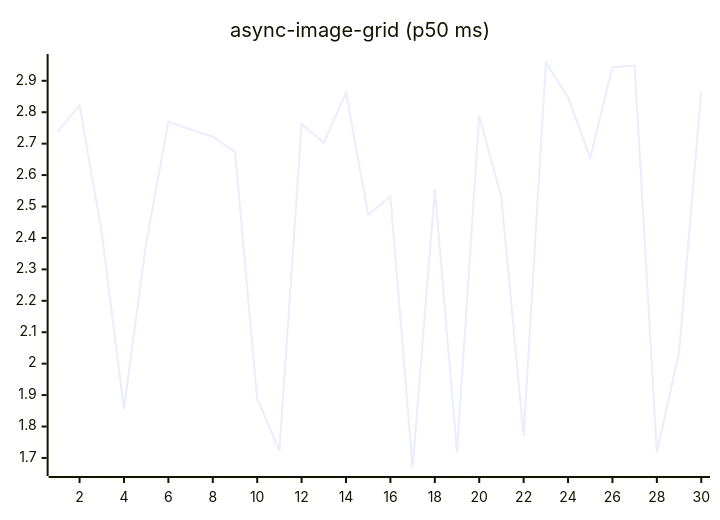
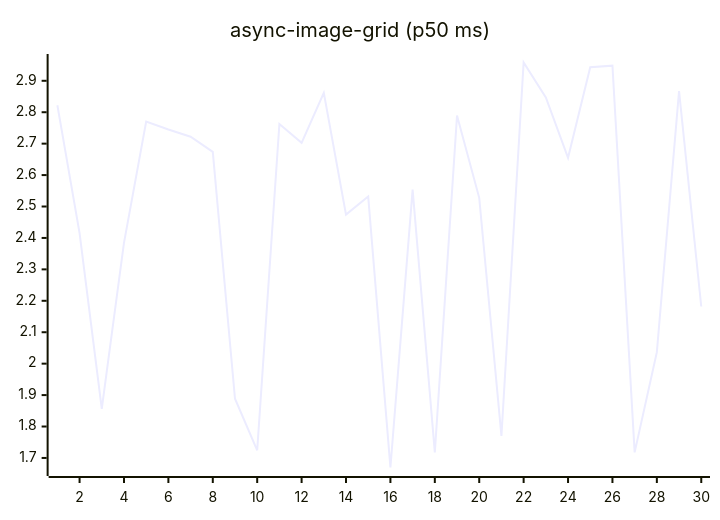
Before and after one commit to josha/Facet: the fifth of 27 diagrams in README.md, drawn with Mermaid. The commit also changed other lines of this file and 2 other files, not shown here.

````diff
--- a/README.md
+++ b/README.md
@@ -91,6 +91,6 @@
 ```mermaid
 xychart-beta
     title "async-image-grid (p50 ms)"
     x-axis 1 --> 30
-    line [2.7375, 2.8223, 2.4153, 1.8565, 2.3845, 2.7705, 2.7451, 2.7222, 2.6737, 1.8884, 1.7244, 2.7624, 2.7026, 2.8617, 2.4742, 2.5316, 1.6696, 2.5539, 1.7175, 2.7892, 2.5277, 1.7701, 2.9582, 2.8471, 2.6552, 2.9433, 2.9481, 1.7177, 2.0365, 2.8674]
+    line [2.8223, 2.4153, 1.8565, 2.3845, 2.7705, 2.7451, 2.7222, 2.6737, 1.8884, 1.7244, 2.7624, 2.7026, 2.8617, 2.4742, 2.5316, 1.6696, 2.5539, 1.7175, 2.7892, 2.5277, 1.7701, 2.9582, 2.8471, 2.6552, 2.9433, 2.9481, 1.7177, 2.0365, 2.8674, 2.1819]
 ```
````
